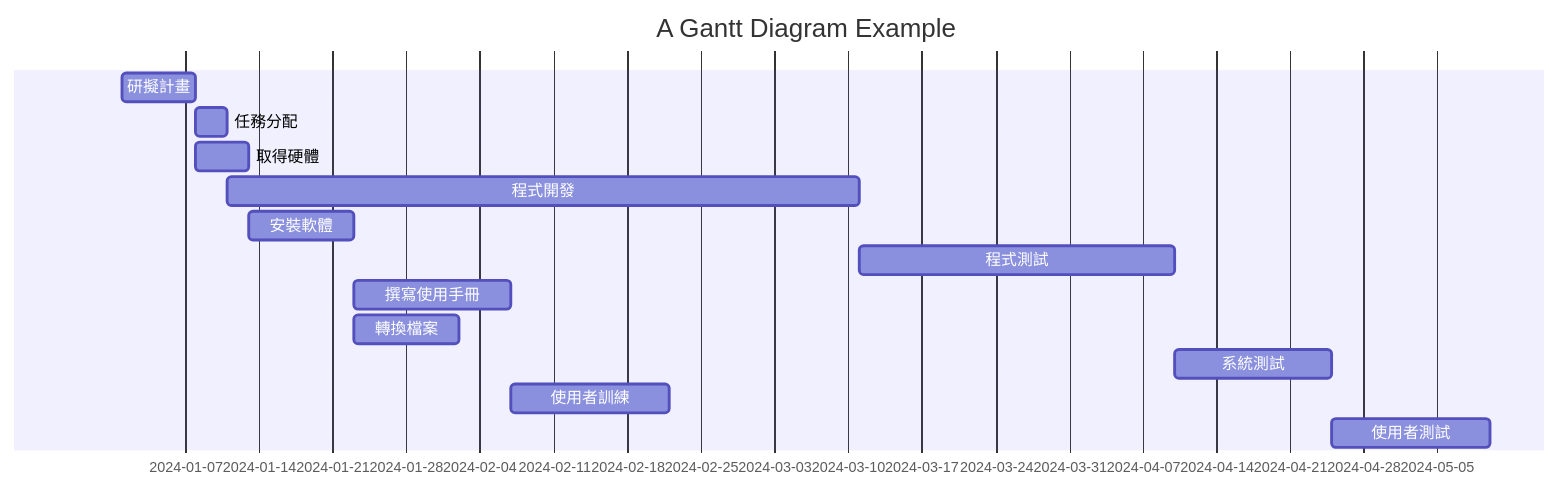
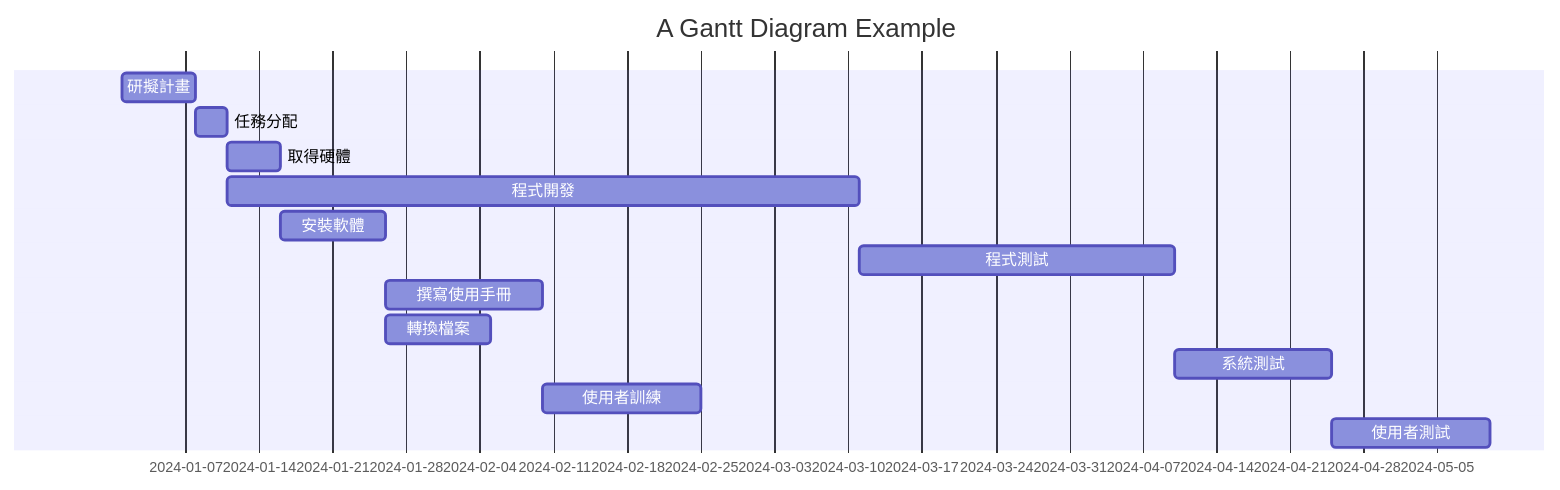
One commit to koreanfish1450/homework changed the diagram in hw2.md. Above: the diagram before and after it, drawn with Mermaid. The commit also changed other lines of this file, not shown here.

````diff
--- a/hw2.md
+++ b/hw2.md
@@ -1,21 +1,21 @@
 ```mermaid
 gantt
     title A Gantt Diagram Example
 
     dateFormat  YYYY-MM-DD
     axisFormat  %Y-%m-%d
 
     研擬計畫           :a1, 2024-01-01, 7d
     任務分配           :a2, after a1, 3d
-    取得硬體           :a3, after a1, 5d
+    取得硬體           :a3, after a2, 5d
 
     程式開發           :a4, after a2, 60d
     安裝軟體           :a5, after a3, 10d
 
     程式測試           :a6, after a4, 30d
     撰寫使用手冊        :a7, after a5, 15d
     轉換檔案           :a8, after a5, 10d
     系統測試           :a9, after a6, 15d
     使用者訓練         :a10, after a7, 15d
     使用者測試         :a11, after a9, 15d
 ```
````
